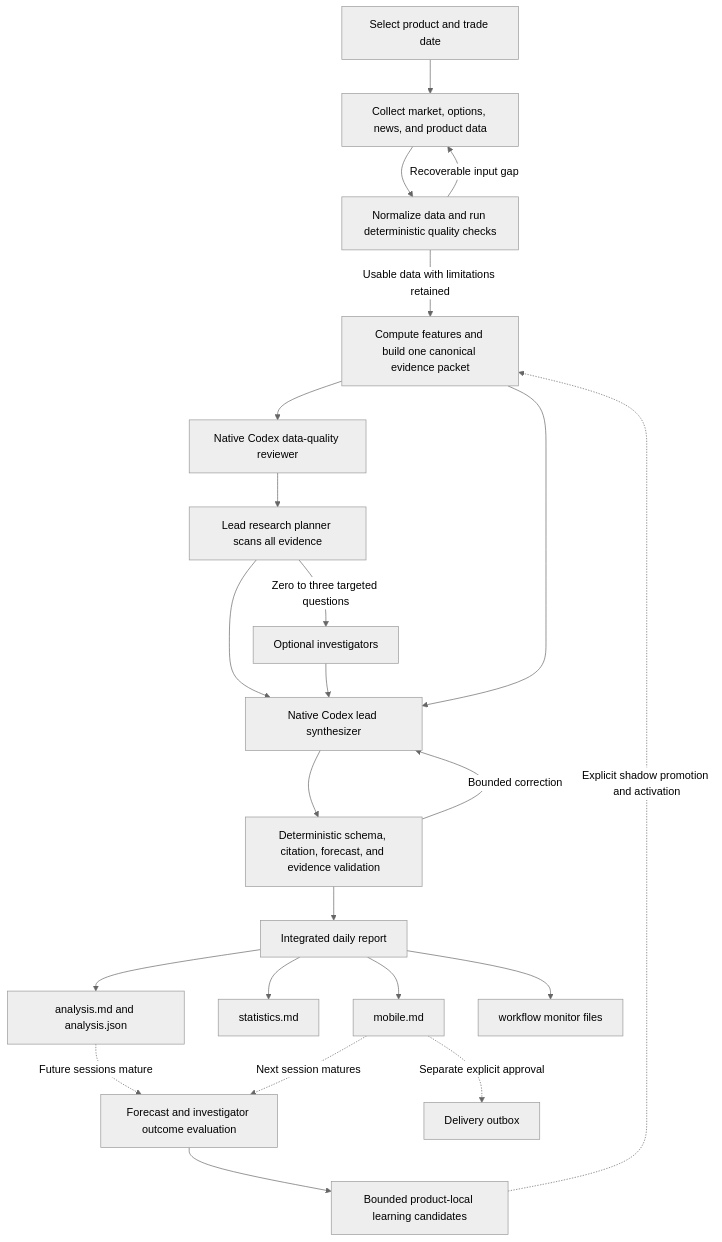
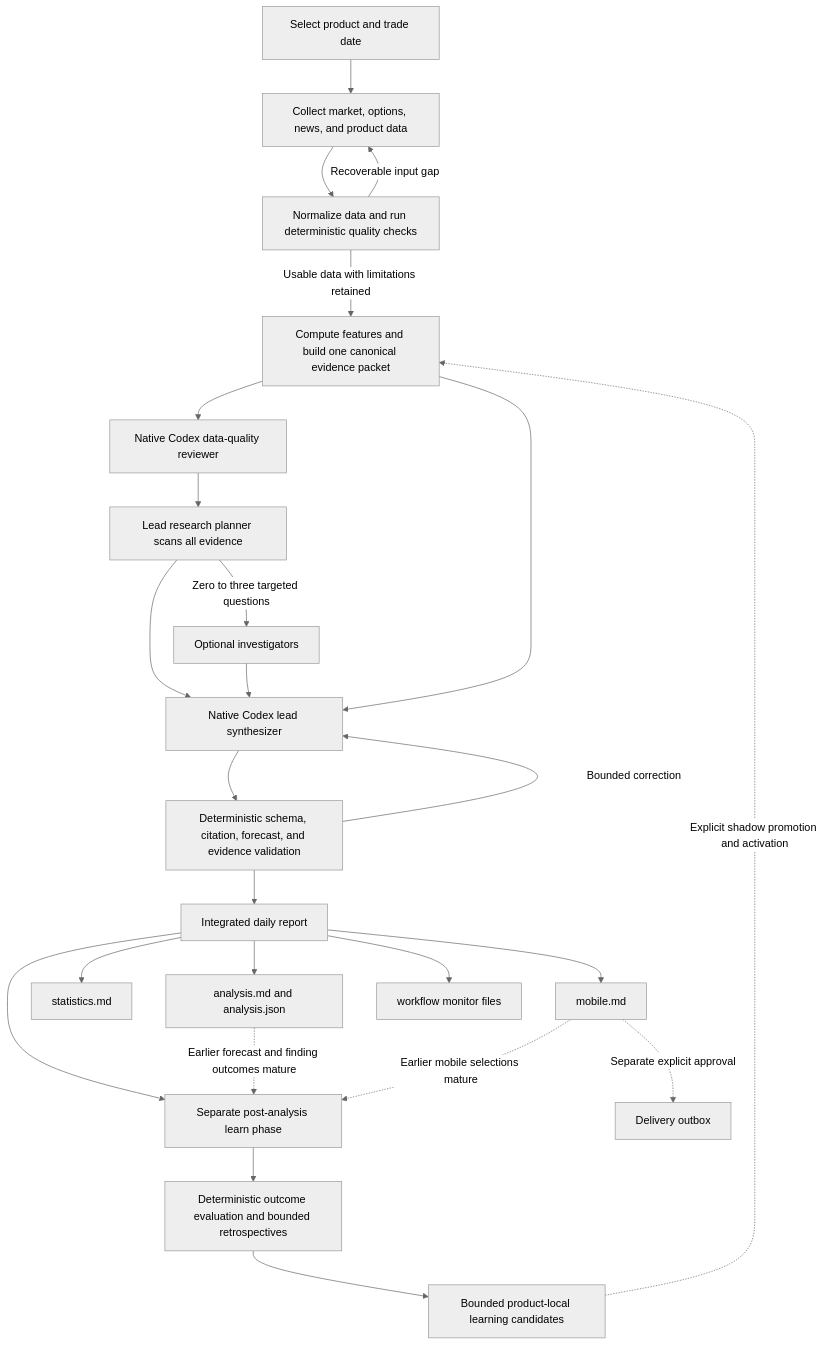
Before and after one commit to fangxuyi/curvelens-core: the diagram in README.md, drawn with Mermaid (neutral theme). The commit also changed other lines of this file, not shown here.

````diff
--- a/README.md
+++ b/README.md
@@ -30,28 +33,30 @@
 ```mermaid
 flowchart TD
     A[Select product and trade date] --> B[Collect market, options, news, and product data]
     B --> C[Normalize data and run deterministic quality checks]
     C -->|Recoverable input gap| B
     C -->|Usable data with limitations retained| D[Compute features and build one canonical evidence packet]
 
     D --> Q[Native Codex data-quality reviewer]
     Q --> P[Lead research planner scans all evidence]
     P -->|Zero to three targeted questions| I[Optional investigators]
     P --> S[Native Codex lead synthesizer]
     I --> S
     D --> S
 
     S --> G[Deterministic schema, citation, forecast, and evidence validation]
     G -->|Bounded correction| S
     G --> R[Integrated daily report]
 
     R --> O1[analysis.md and analysis.json]
     R --> O2[statistics.md]
     R --> O3[mobile.md]
     R --> O4[workflow monitor files]
-    O1 -. Future sessions mature .-> L1[Forecast and investigator outcome evaluation]
-    O3 -. Next session matures .-> L1
+    R --> L0[Separate post-analysis learn phase]
+    O1 -. Earlier forecast and finding outcomes mature .-> L0
+    O3 -. Earlier mobile selections mature .-> L0
+    L0 --> L1[Deterministic outcome evaluation and bounded retrospectives]
     L1 --> L2[Bounded product-local learning candidates]
     L2 -. Explicit shadow promotion and activation .-> D
     O3 -. Separate explicit approval .-> O5[Delivery outbox]
 ```
````
